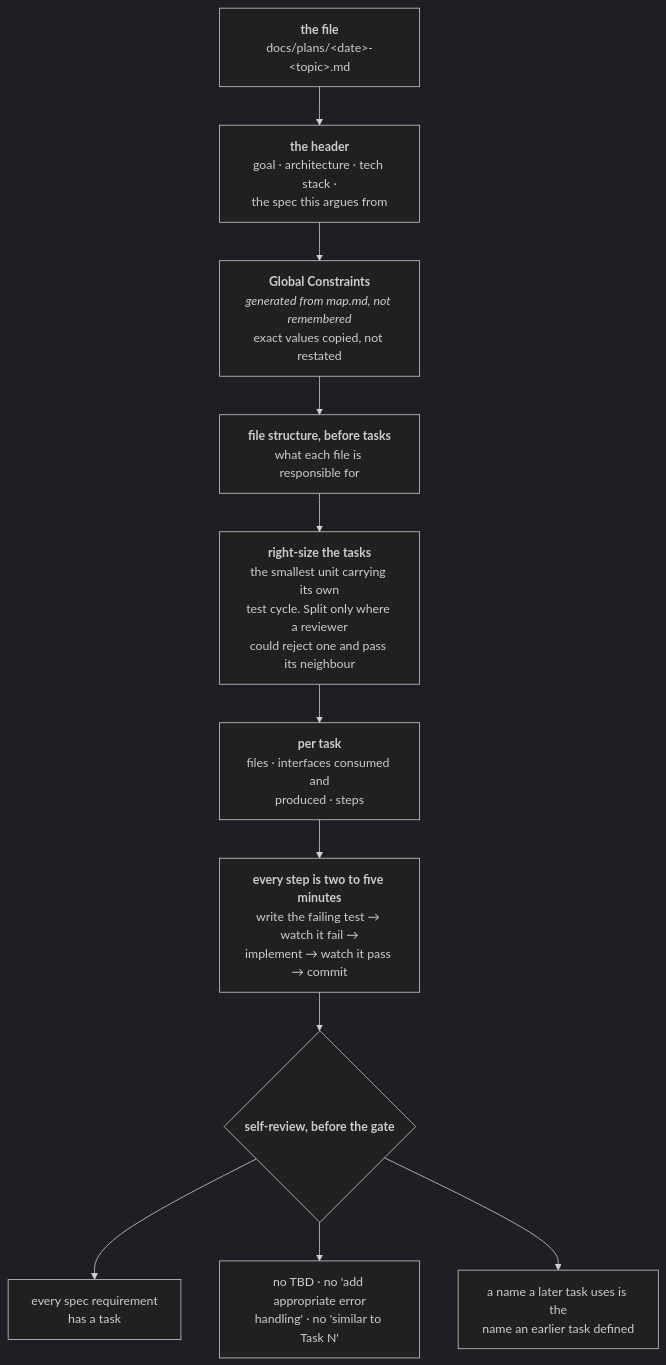
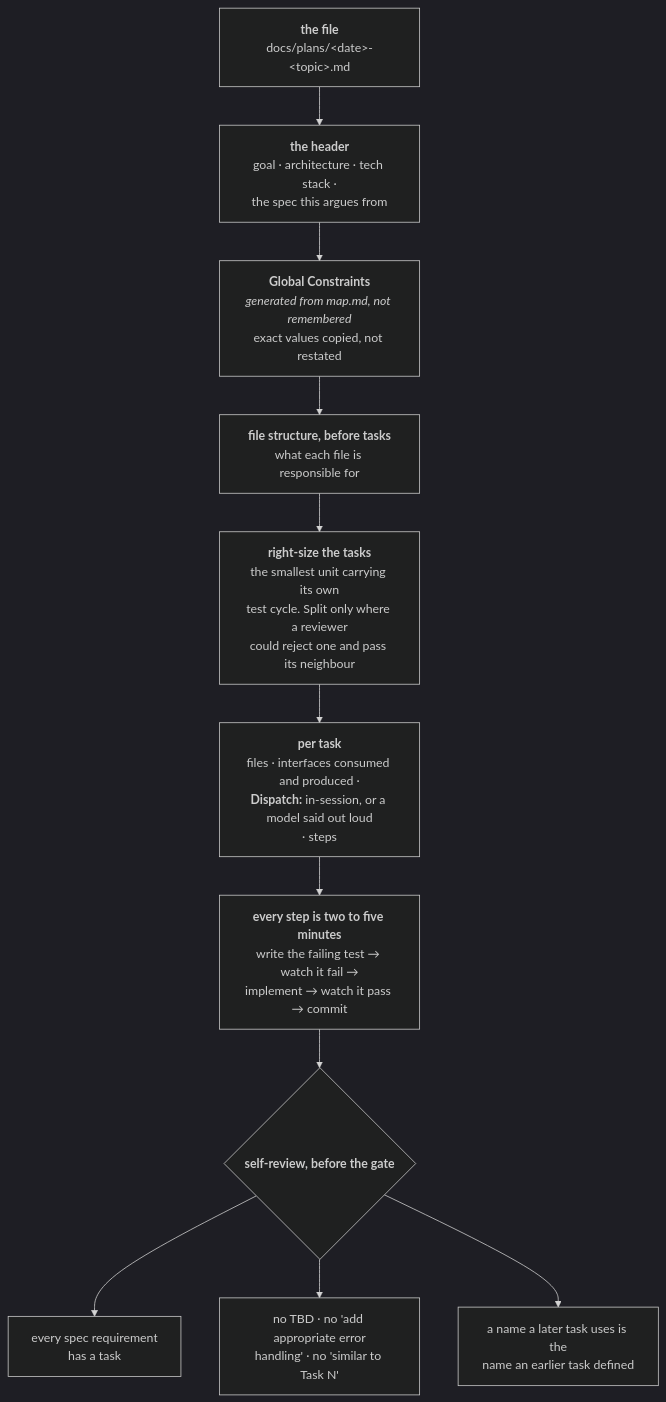
One commit to FanFantom9452/FanKeel changed the third of 8 diagrams in docs/pipeline.md. Above: the diagram before and after it, drawn with Mermaid (dark theme). The commit also changed other lines of this file and 13 other files, not shown here.

````diff
--- a/docs/pipeline.md
+++ b/docs/pipeline.md
@@ -387,19 +394,19 @@
 ```mermaid
 flowchart TD
     A["<b>the file</b><br/>docs/plans/&lt;date&gt;-&lt;topic&gt;.md"]
     B["<b>the header</b><br/>goal · architecture · tech stack ·<br/>the spec this argues from"]
     C["<b>Global Constraints</b><br/><i>generated from map.md, not remembered</i><br/>exact values copied, not restated"]
     D["<b>file structure, before tasks</b><br/>what each file is responsible for"]
     E["<b>right-size the tasks</b><br/>the smallest unit carrying its own<br/>test cycle. Split only where a reviewer<br/>could reject one and pass its neighbour"]
-    F["<b>per task</b><br/>files · interfaces consumed and<br/>produced · steps"]
+    F["<b>per task</b><br/>files · interfaces consumed and produced ·<br/><b>Dispatch:</b> in-session, or a model said out loud<br/>· steps"]
     G["<b>every step is two to five minutes</b><br/>write the failing test → watch it fail →<br/>implement → watch it pass → commit"]
     H{"<b>self-review, before the gate</b>"}
     H1["every spec requirement<br/>has a task"]
     H2["no TBD · no 'add appropriate error<br/>handling' · no 'similar to Task N'"]
     H3["a name a later task uses is the<br/>name an earlier task defined"]
 
     A --> B --> C --> D --> E --> F --> G --> H
     H --> H1
     H --> H2
     H --> H3
 ```
````
